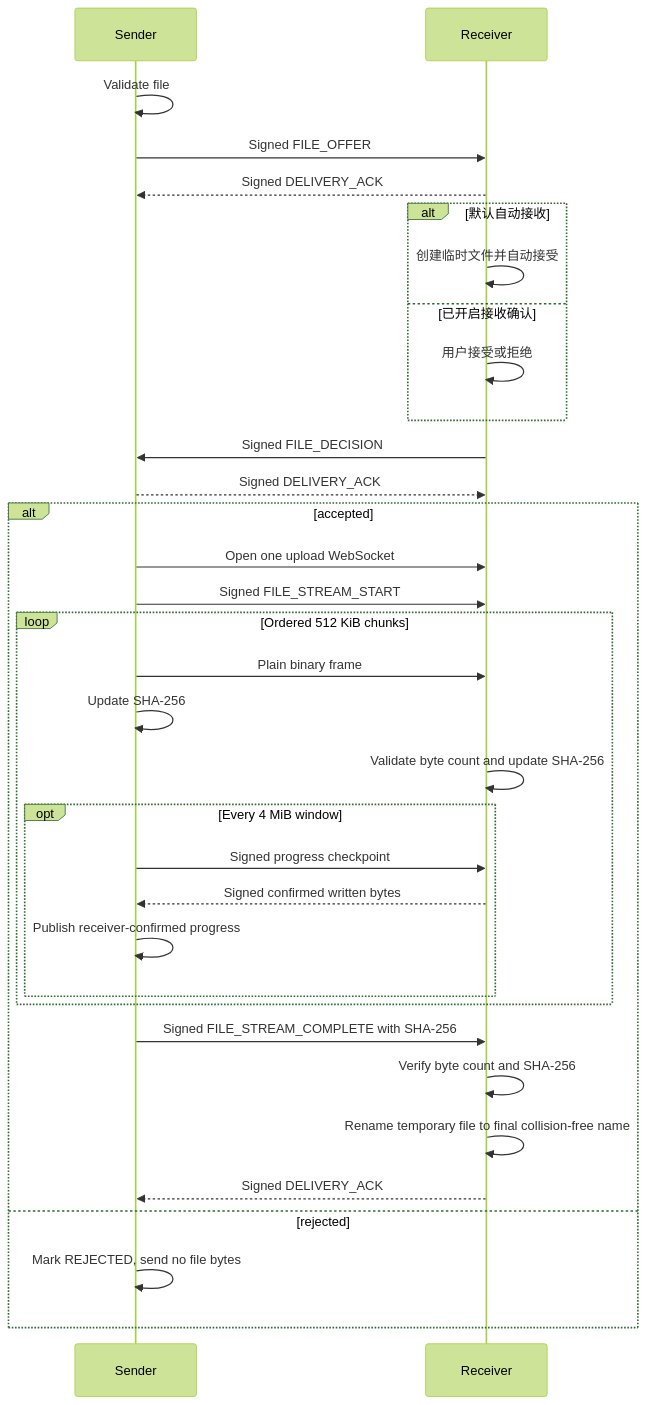
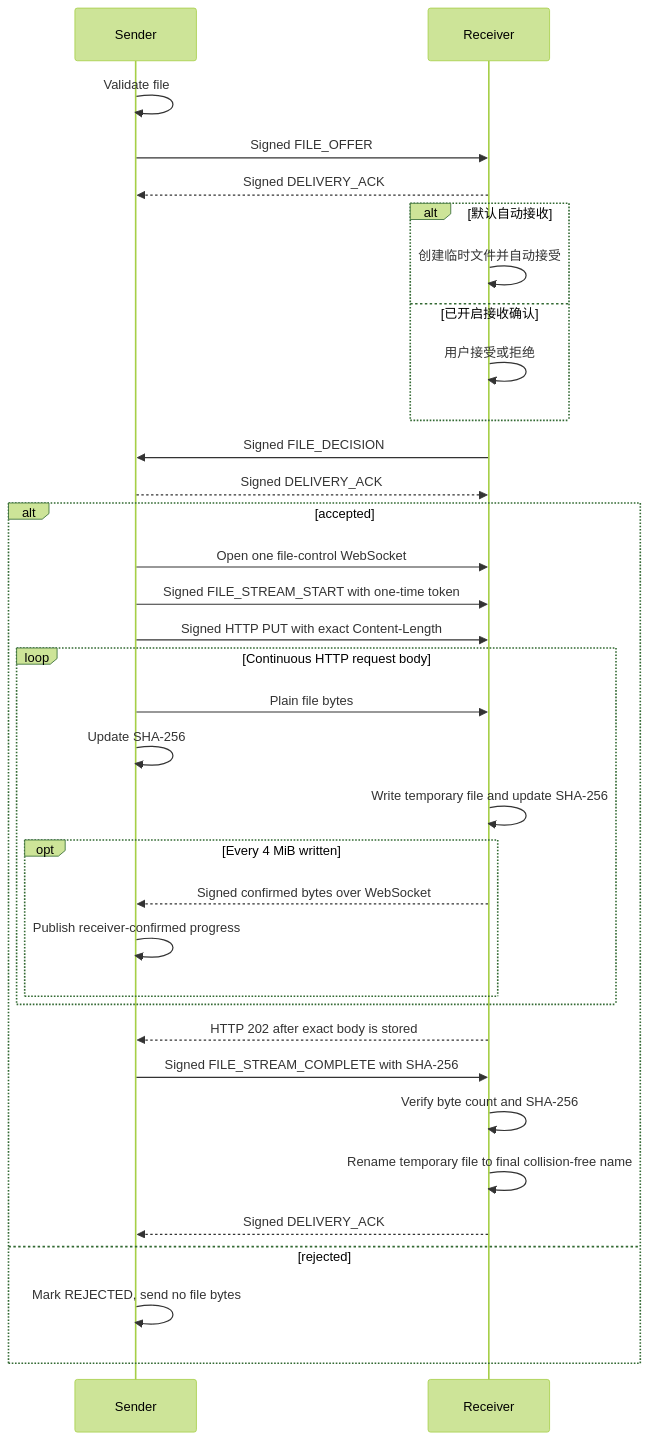
Before and after one commit to x2ink/subnetdrop: the first of 2 diagrams in docs/technical-principles/file-transfer.md, drawn with Mermaid (forest theme). The commit also changed other lines of this file and 18 other files, not shown here.

````diff
--- a/docs/technical-principles/file-transfer.md
+++ b/docs/technical-principles/file-transfer.md
@@ -18,35 +18,36 @@
 ```mermaid
 sequenceDiagram
     participant S as Sender
     participant R as Receiver
     S->>S: Validate file
     S->>R: Signed FILE_OFFER
     R-->>S: Signed DELIVERY_ACK
     alt 默认自动接收
         R->>R: 创建临时文件并自动接受
     else 已开启接收确认
         R->>R: 用户接受或拒绝
     end
     R->>S: Signed FILE_DECISION
     S-->>R: Signed DELIVERY_ACK
     alt accepted
-        S->>R: Open one upload WebSocket
-        S->>R: Signed FILE_STREAM_START
-        loop Ordered 512 KiB chunks
-            S->>R: Plain binary frame
+        S->>R: Open one file-control WebSocket
+        S->>R: Signed FILE_STREAM_START with one-time token
+        S->>R: Signed HTTP PUT with exact Content-Length
+        loop Continuous HTTP request body
+            S->>R: Plain file bytes
             S->>S: Update SHA-256
-            R->>R: Validate byte count and update SHA-256
-            opt Every 4 MiB window
-                S->>R: Signed progress checkpoint
-                R-->>S: Signed confirmed written bytes
+            R->>R: Write temporary file and update SHA-256
+            opt Every 4 MiB written
+                R-->>S: Signed confirmed bytes over WebSocket
                 S->>S: Publish receiver-confirmed progress
             end
         end
+        R-->>S: HTTP 202 after exact body is stored
         S->>R: Signed FILE_STREAM_COMPLETE with SHA-256
         R->>R: Verify byte count and SHA-256
         R->>R: Rename temporary file to final collision-free name
         R-->>S: Signed DELIVERY_ACK
     else rejected
         S->>S: Mark REJECTED, send no file bytes
     end
 ```
````
